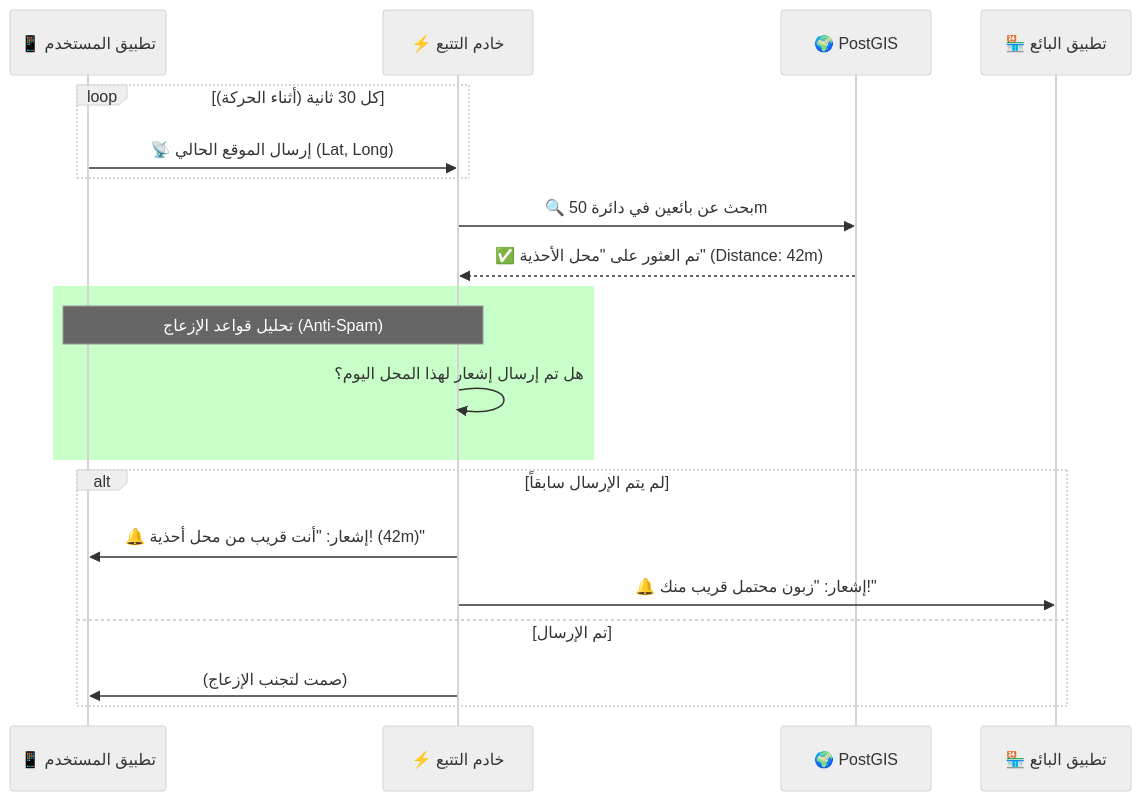
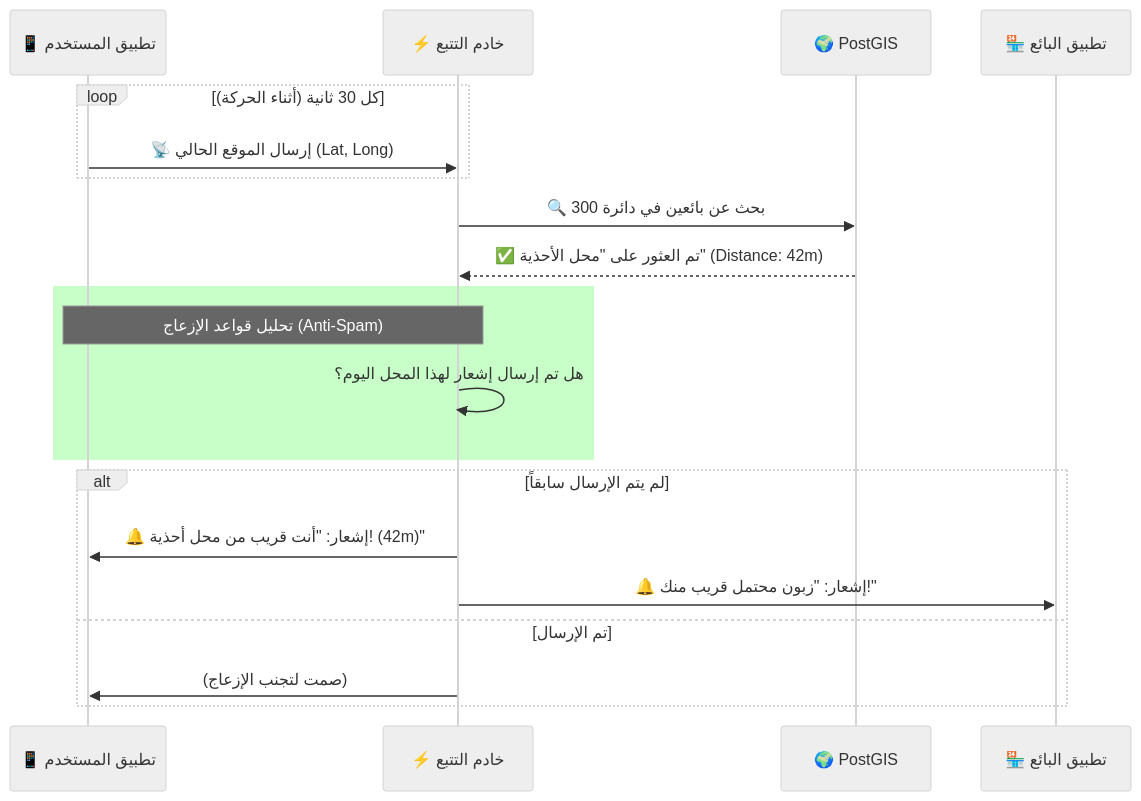
The second of 3 diagrams in session_reports/architecture_diagrams.md (mkhalfiamine777/atomic-trade), drawn with Mermaid (neutral theme) before and after one commit. The commit also changed other lines of this file and 17 other files, not shown here.

````diff
--- a/session_reports/architecture_diagrams.md
+++ b/session_reports/architecture_diagrams.md
@@ -61,26 +61,26 @@
 ```mermaid
 sequenceDiagram
     participant App as 📱 تطبيق المستخدم
     participant Socket as ⚡ خادم التتبع
     participant GeoDB as 🌍 PostGIS
     participant Vendor as 🏪 تطبيق البائع
 
     loop كل 30 ثانية (أثناء الحركة)
         App->>Socket: 📡 إرسال الموقع الحالي (Lat, Long)
     end
 
-    Socket->>GeoDB: 🔍 بحث عن بائعين في دائرة 50m
+    Socket->>GeoDB: 🔍 بحث عن بائعين في دائرة 300
     GeoDB-->>Socket: ✅ تم العثور على "محل الأحذية" (Distance: 42m)
 
     rect rgb(200, 255, 200)
         Note over Socket, App: تحليل قواعد الإزعاج (Anti-Spam)
         Socket->>Socket: هل تم إرسال إشعار لهذا المحل اليوم؟
     end
 
     alt لم يتم الإرسال سابقاً
         Socket->>App: 🔔 إشعار: "أنت قريب من محل أحذية! (42m)"
         Socket->>Vendor: 🔔 إشعار: "زبون محتمل قريب منك!"
     else تم الإرسال
         Socket->>App: (صمت لتجنب الإزعاج)
     end
 ```
````
